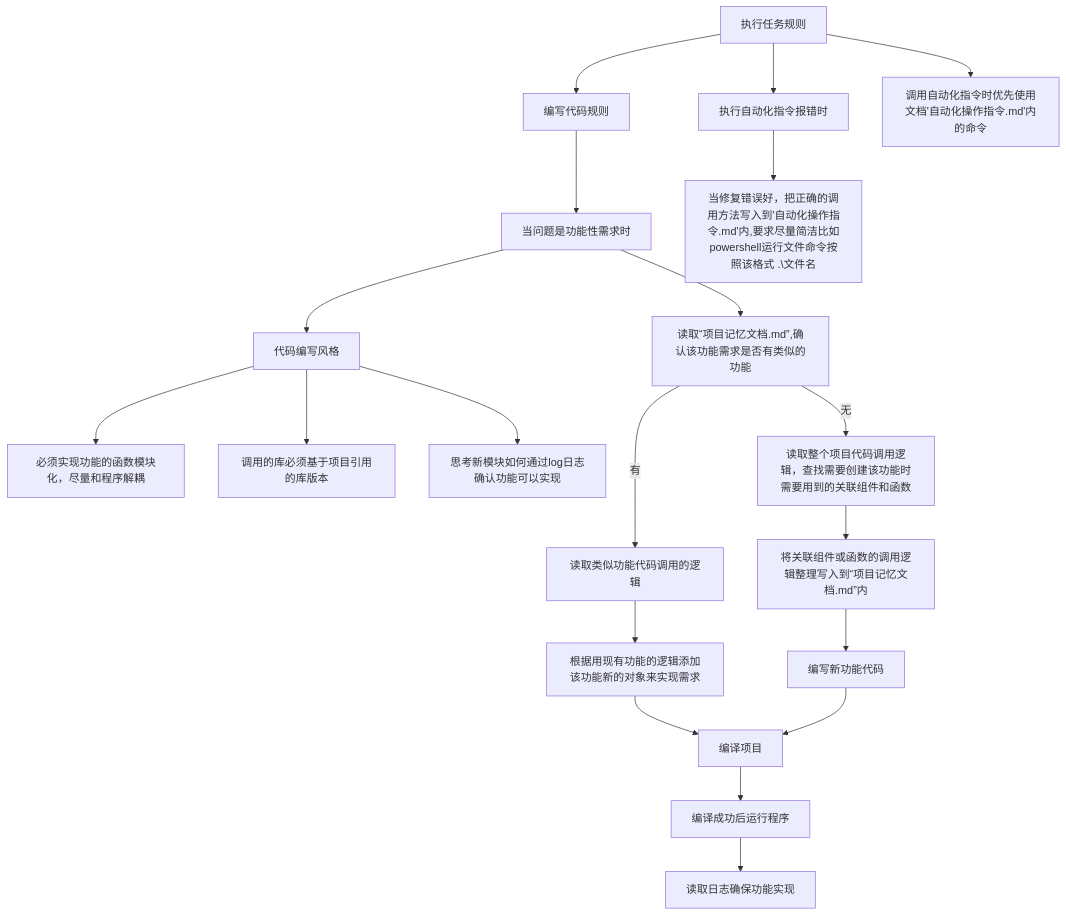
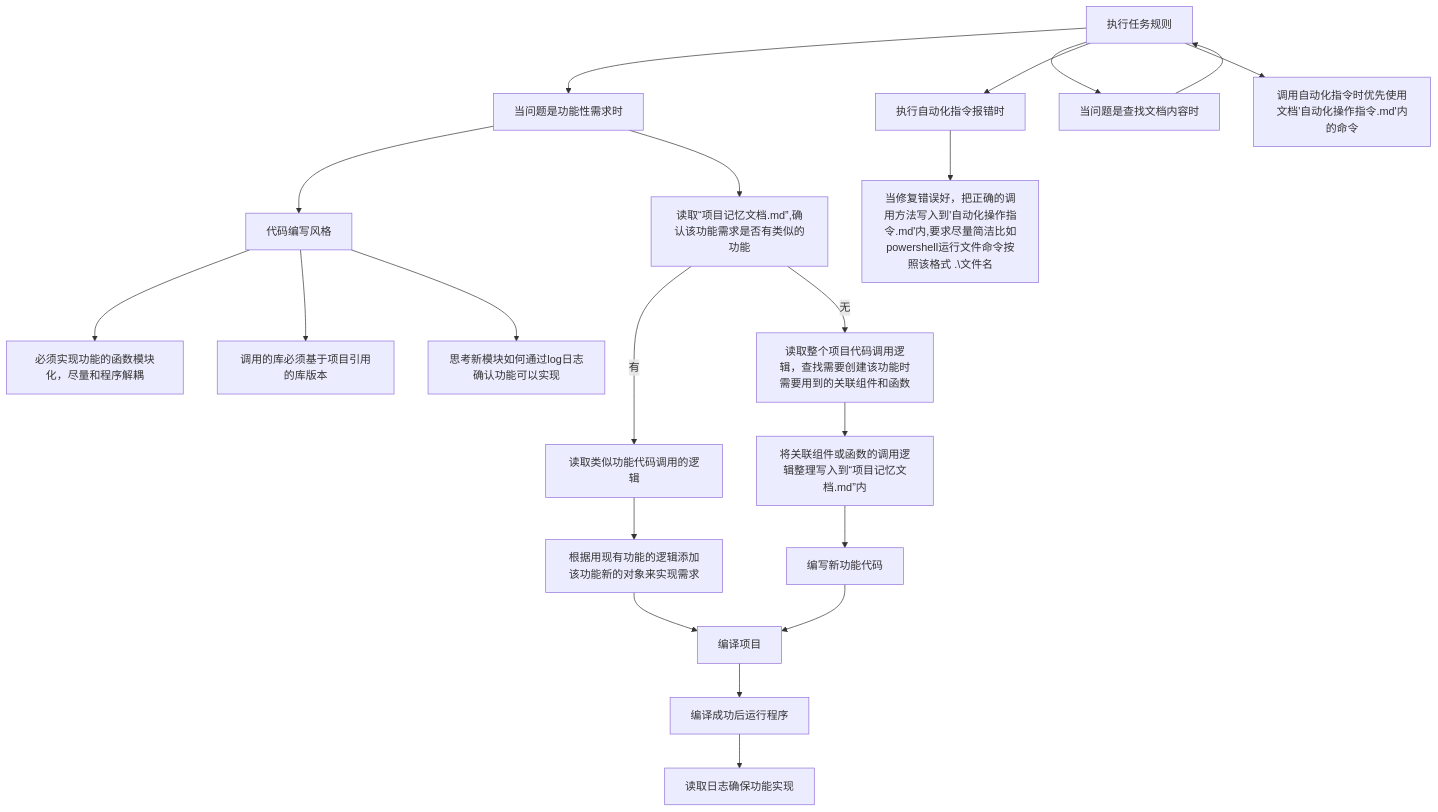
Before and after one commit to alon211/CodeGeneratorOpenness: the diagram in mermaid.mmd, drawn with Mermaid. The commit also changed 14 other files, not shown here.

```diff
--- a/mermaid.mmd
+++ b/mermaid.mmd
@@ -1,21 +1,23 @@
 flowchart TD
-L[执行任务规则]-->A
-A[编写代码规则] --> A1[当问题是功能性需求时]
+L[执行任务规则]-->A1
+A1[当问题是功能性需求时]
+L-->A2[当问题是查找文档内容时]
+A2-->
 L --> D[执行自动化指令报错时]
 D --> D1[当修复错误好，把正确的调用方法写入到'自动化操作指令.md'内,要求尽量简洁比如powershell运行文件命令按照该格式 .\文件名]
 
 L --> C[调用自动化指令时优先使用文档'自动化操作指令.md'内的命令]
 A1 --> B[代码编写风格]
 A1 --> A11[读取“项目记忆文档.md”,确认该功能需求是否有类似的功能]
 A11 -- 有 --> A111[读取类似功能代码调用的逻辑]
 A11 -- 无 --> A112[读取整个项目代码调用逻辑，查找需要创建该功能时需要用到的关联组件和函数]
 A112 --> A1121[将关联组件或函数的调用逻辑整理写入到“项目记忆文档.md”内]
 A1121-->A12[编写新功能代码]
 A111 -->A1112[根据用现有功能的逻辑添加该功能新的对象来实现需求]
 A1112-->A121
 A12 --> A121[编译项目]
 A121 --> A122[编译成功后运行程序]
 A122 --> A123[读取日志确保功能实现]
 B-->B1[必须实现功能的函数模块化，尽量和程序解耦]
 B-->B2[调用的库必须基于项目引用的库版本]
 B-->B3[思考新模块如何通过log日志确认功能可以实现]
```
